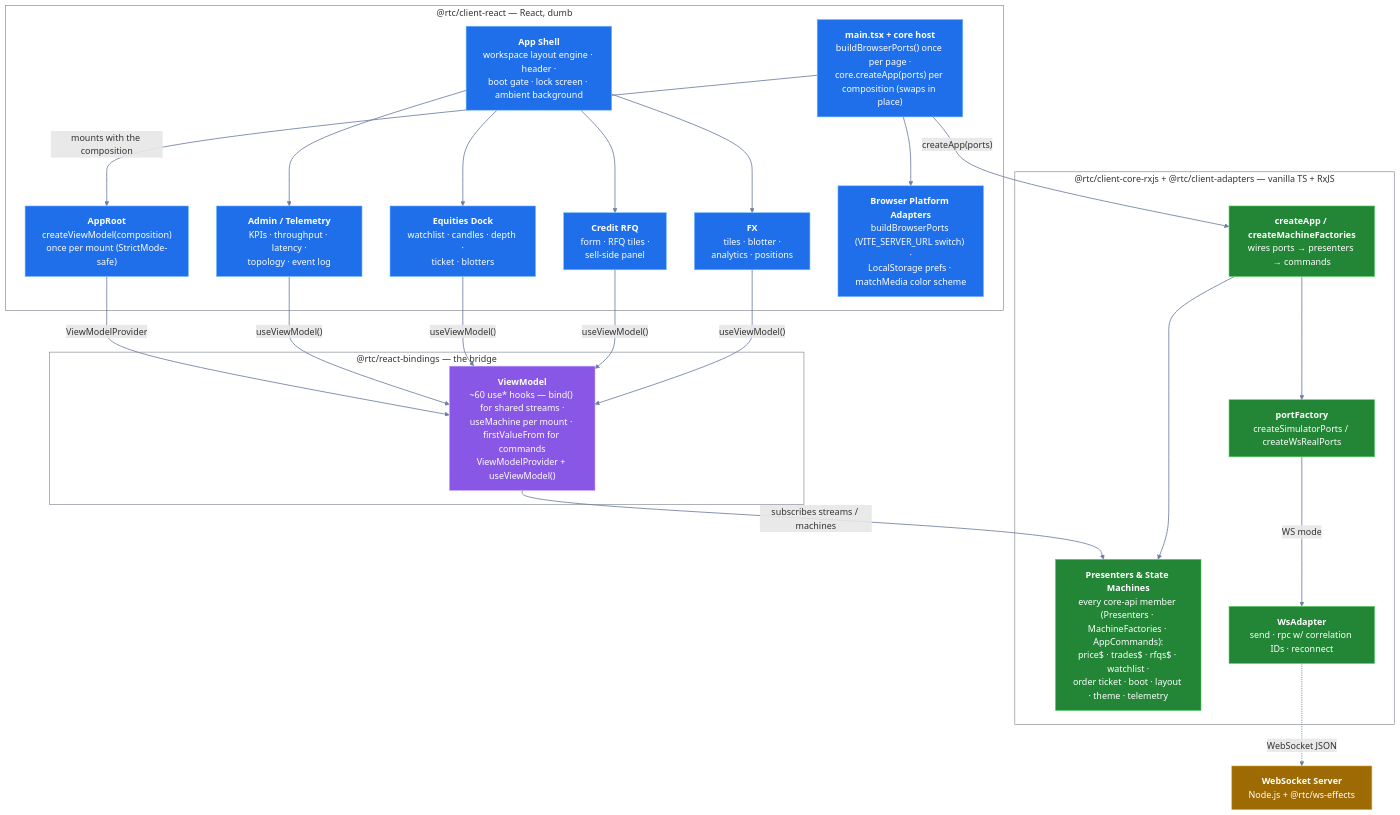
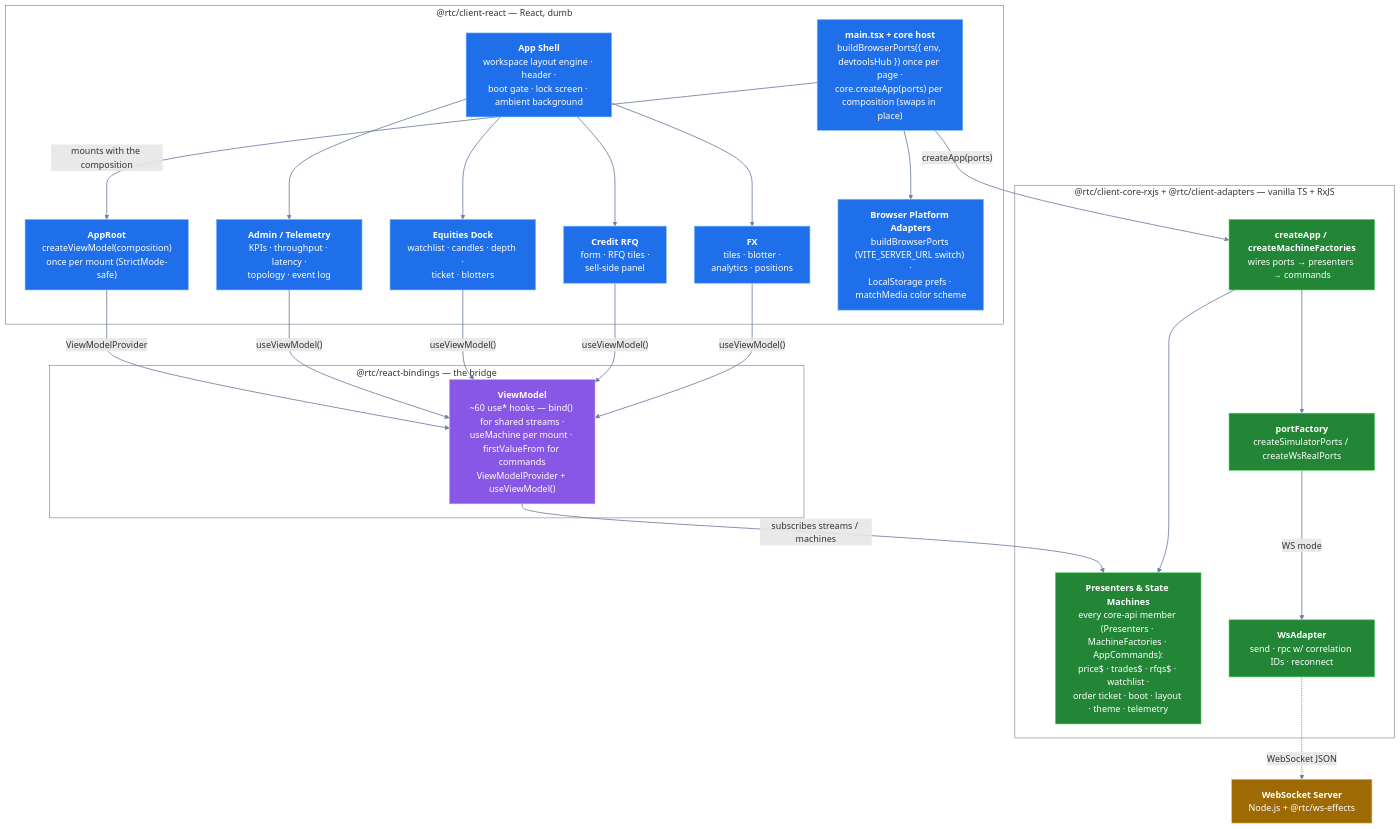
Before and after one commit to bettersoftware-io/ReactiveTraderCloudClone: the fourth of 7 diagrams in docs/architecture/02-c4-model.md, drawn with Mermaid. The commit also changed other lines of this file and 38 other files, not shown here.

First line of the commit message:
docs: buildBrowserPorts and the devtools hub factory live in @rtc/web-boot

````diff
--- a/docs/architecture/02-c4-model.md
+++ b/docs/architecture/02-c4-model.md
@@ -154,50 +154,50 @@
 ```mermaid
 flowchart TB
     subgraph uiLayer["@rtc/client-react — React, dumb"]
         app["<b>App Shell</b><br/>workspace layout engine · header ·<br/>boot gate · lock screen · ambient background"]:::ui
         fxTiles["<b>FX</b><br/>tiles · blotter ·<br/>analytics · positions"]:::ui
         creditRfq["<b>Credit RFQ</b><br/>form · RFQ tiles ·<br/>sell-side panel"]:::ui
         equities["<b>Equities Dock</b><br/>watchlist · candles · depth ·<br/>ticket · blotters"]:::ui
         admin["<b>Admin / Telemetry</b><br/>KPIs · throughput · latency ·<br/>topology · event log"]:::ui
-        coreHost["<b>main.tsx + core host</b><br/>buildBrowserPorts() once per page ·<br/>core.createApp(ports) per composition (swaps in place)"]:::ui
+        coreHost["<b>main.tsx + core host</b><br/>buildBrowserPorts({ env, devtoolsHub }) once per page ·<br/>core.createApp(ports) per composition (swaps in place)"]:::ui
         appRoot["<b>AppRoot</b><br/>createViewModel(composition)<br/>once per mount (StrictMode-safe)"]:::ui
         browserAdapters["<b>Browser Platform Adapters</b><br/>buildBrowserPorts (VITE_SERVER_URL switch) ·<br/>LocalStorage prefs · matchMedia color scheme"]:::ui
         app --> fxTiles
         app --> creditRfq
         app --> equities
         app --> admin
     end
 
     subgraph bindingsLayer["@rtc/react-bindings — the bridge"]
         viewModel["<b>ViewModel</b><br/>~60 use* hooks — bind() for shared streams ·<br/>useMachine per mount · firstValueFrom for commands<br/>ViewModelProvider + useViewModel()"]:::bridge
     end
 
     subgraph coreLayer["@rtc/client-core-rxjs + @rtc/client-adapters — vanilla TS + RxJS"]
         composition["<b>createApp / createMachineFactories</b><br/>wires ports → presenters → commands"]:::core
         presenters["<b>Presenters & State Machines</b><br/>every core-api member (Presenters · MachineFactories · AppCommands):<br/>price$ · trades$ · rfqs$ · watchlist ·<br/>order ticket · boot · layout · theme · telemetry"]:::core
         portFactory["<b>portFactory</b><br/>createSimulatorPorts / createWsRealPorts"]:::core
         wsAdapter["<b>WsAdapter</b><br/>send · rpc w/ correlation IDs · reconnect"]:::core
         composition --> presenters
         composition --> portFactory
         portFactory -->|"WS mode"| wsAdapter
     end
 
     server["<b>WebSocket Server</b><br/>Node.js + @rtc/ws-effects"]:::server
 
     fxTiles & creditRfq & equities & admin -->|"useViewModel()"| viewModel
     coreHost --> browserAdapters
     coreHost -->|"createApp(ports)"| composition
     coreHost -->|"mounts with the composition"| appRoot
     appRoot -->|"ViewModelProvider"| viewModel
     viewModel -->|"subscribes streams / machines"| presenters
     wsAdapter -. WebSocket JSON .-> server
 
     classDef ui     fill:#1f6feb,stroke:#79c0ff,color:#ffffff
     classDef bridge fill:#8957e5,stroke:#d2a8ff,color:#ffffff
     classDef core   fill:#238636,stroke:#56d364,color:#ffffff
     classDef server fill:#9e6a03,stroke:#e3b341,color:#ffffff
     style uiLayer fill:transparent,stroke:#6e7681
     style bindingsLayer fill:transparent,stroke:#6e7681
     style coreLayer fill:transparent,stroke:#6e7681
     linkStyle default stroke:#6e7fa3,stroke-width:1.5px
 ```
````
